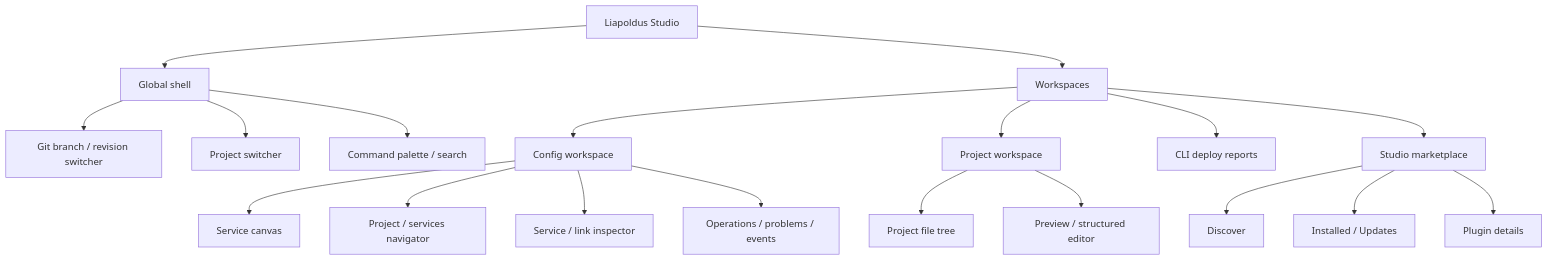
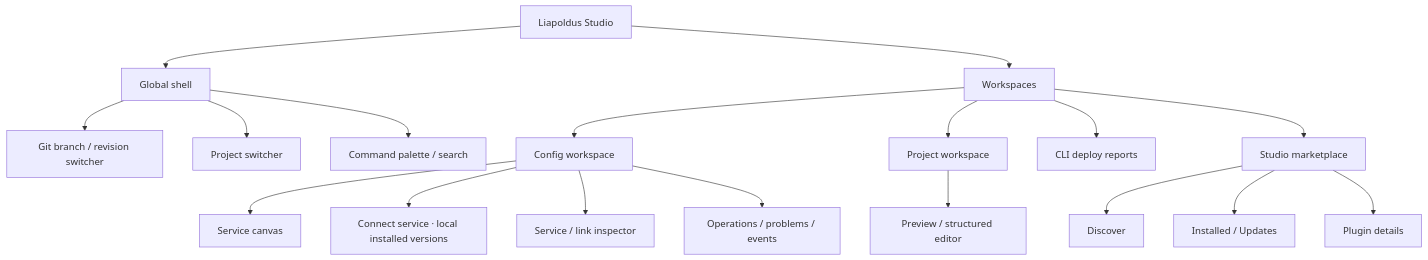
One commit to Liapoldus/studio changed the diagram in docs/diagrams/studio-information-architecture.mmd. Above: the diagram before and after it, drawn with Mermaid. The commit also changed 147 other files, not shown here.

```diff
--- a/docs/diagrams/studio-information-architecture.mmd
+++ b/docs/diagrams/studio-information-architecture.mmd
@@ -1,19 +1,18 @@
 flowchart TD
     S["Liapoldus Studio"] --> G["Global shell"]
     G --> C["Git branch / revision switcher"]
     G --> P["Project switcher"]
     G --> Q["Command palette / search"]
     S --> W["Workspaces"]
     W --> CW["Config workspace"]
     W --> PW["Project workspace"]
     W --> OW["CLI deploy reports"]
     W --> MW["Studio marketplace"]
     CW --> Canvas["Service canvas"]
-    CW --> Tree["Project / services navigator"]
+    CW --> Catalog["Connect service · local installed versions"]
     CW --> Inspector["Service / link inspector"]
     CW --> Bottom["Operations / problems / events"]
-    PW --> Files["Project file tree"]
     PW --> Preview["Preview / structured editor"]
     MW --> Discover["Discover"]
     MW --> Installed["Installed / Updates"]
     MW --> Details["Plugin details"]
```
